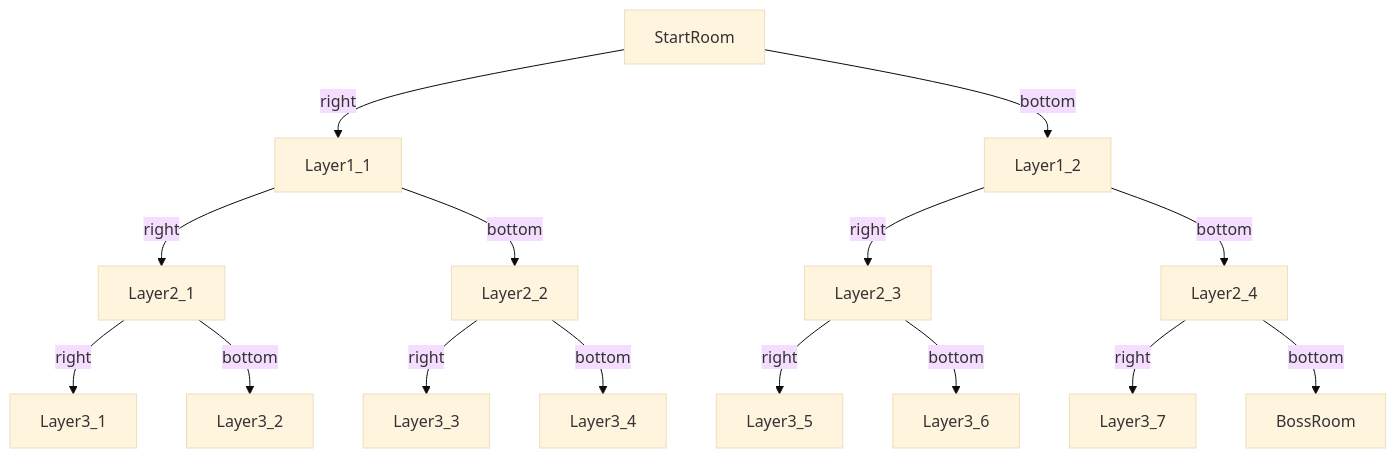
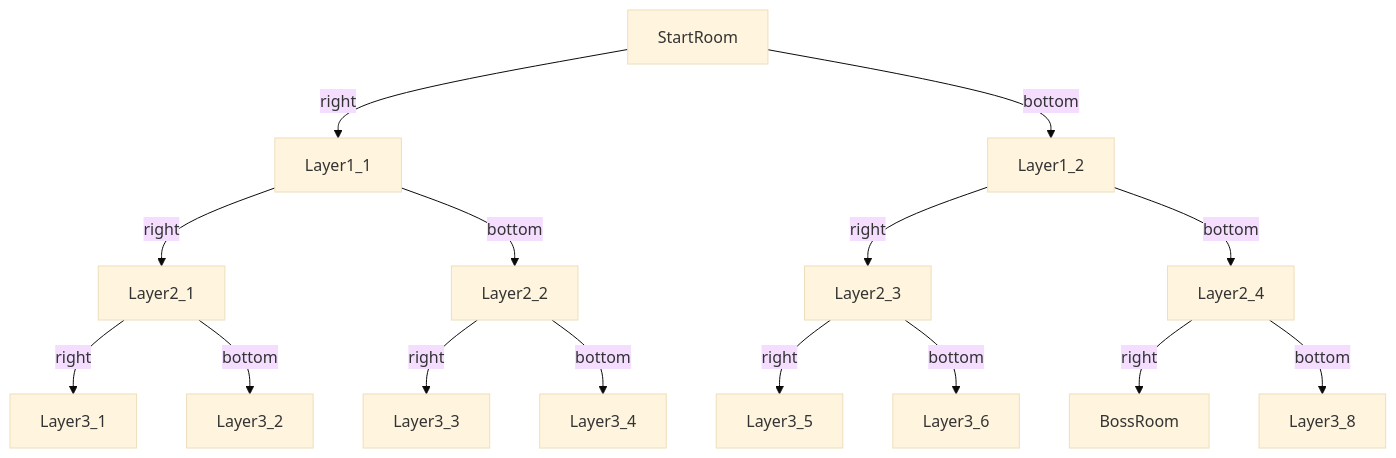
Before and after one commit to TossACoinTAC/Team-SAVE-MY-LINEAR-ALGEBRA: the diagram in README.md, drawn with Mermaid (base theme). The commit also changed other lines of this file, not shown here.

````diff
--- a/README.md
+++ b/README.md
@@ -40,17 +51,17 @@
 ```mermaid
 graph TD;
   StartRoom-->|right|Layer1_1;
   StartRoom-->|bottom|Layer1_2;
   Layer1_1-->|right|Layer2_1;
   Layer1_1-->|bottom|Layer2_2;
   Layer1_2-->|right|Layer2_3;
   Layer1_2-->|bottom|Layer2_4;
   Layer2_1-->|right|Layer3_1;
   Layer2_1-->|bottom|Layer3_2;
   Layer2_2-->|right|Layer3_3;
   Layer2_2-->|bottom|Layer3_4;
   Layer2_3-->|right|Layer3_5;
   Layer2_3-->|bottom|Layer3_6;
-  Layer2_4-->|right|Layer3_7;
-  Layer2_4-->|bottom|BossRoom;
+  Layer2_4-->|right|BossRoom;
+  Layer2_4-->|bottom|Layer3_8;
 ```
````
